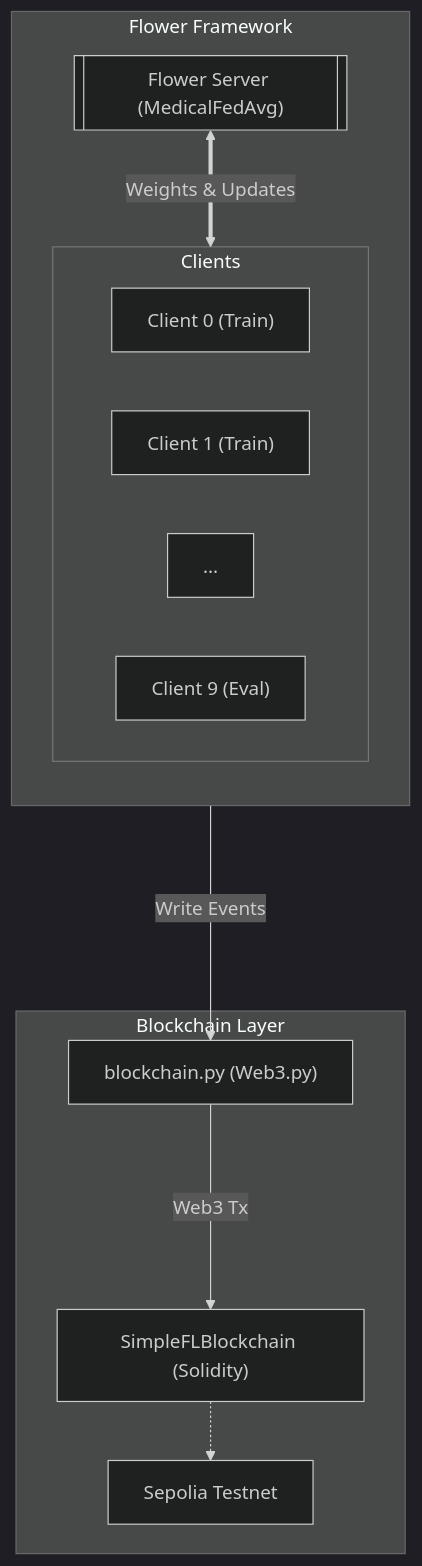
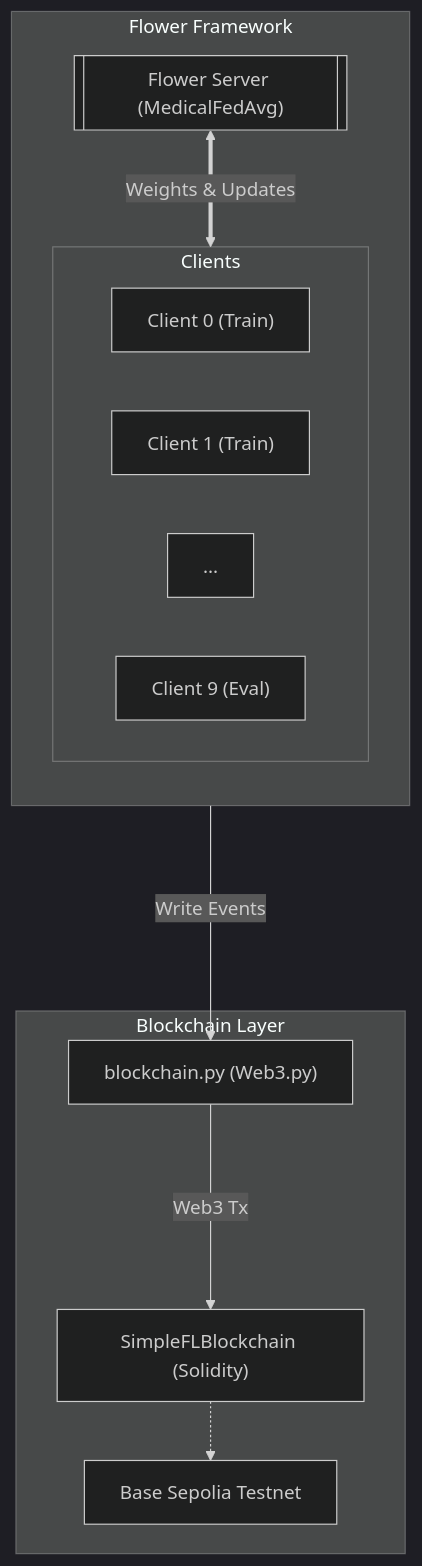
The diagram in README.md (shinratttensei1/FL-Blockchain-EVM), drawn with Mermaid (dark theme) before and after one commit. The commit also changed other lines of this file and 6 other files, not shown here.

Commit message:
training working with Base Sepolia testnet

````diff
--- a/README.md
+++ b/README.md
@@ -49,26 +49,26 @@
 ```mermaid
 flowchart TD
     subgraph FL_NETWORK ["Flower Framework"]
         direction TB
         SERVER[["Flower Server (MedicalFedAvg)"]]
         
         subgraph CLIENTS ["Clients"]
             C0["Client 0 (Train)"]
             C1["Client 1 (Train)"]
             CX["..."]
             C9["Client 9 (Eval)"]
         end
 
         SERVER <==>|"Weights & Updates"| CLIENTS
     end
 
     subgraph ON_CHAIN ["Blockchain Layer"]
         EVM_BRIDGE["blockchain.py (Web3.py)"]
         CONTRACT["SimpleFLBlockchain (Solidity)"]
-        NETWORK_TAGP["Sepolia Testnet"]
+        NETWORK_TAGP["Base Sepolia Testnet"]
     end
 
     SERVER ---->|"Write Events"| EVM_BRIDGE
     EVM_BRIDGE ---->|"Web3 Tx"| CONTRACT
     CONTRACT -.-> NETWORK_TAGP
 ```
````
